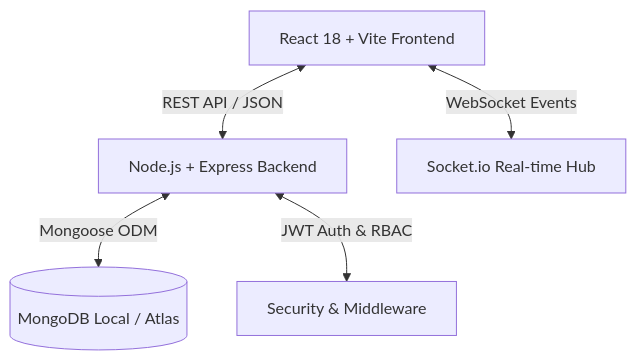
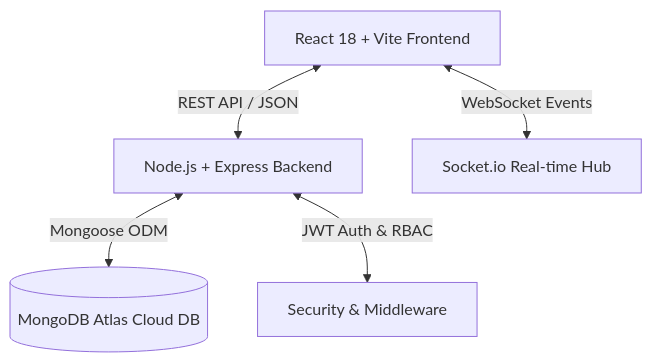
One commit to PreetDarji22/CampusCart changed the second of 2 diagrams in README.md. Above: the diagram before and after it, drawn with Mermaid. The commit also changed other lines of this file, not shown here.

````diff
--- a/README.md
+++ b/README.md
@@ -130,7 +140,7 @@
 ```mermaid
 graph TD
     Client[React 18 + Vite Frontend] <-->|REST API / JSON| Server[Node.js + Express Backend]
     Client <-->|WebSocket Events| SocketIO[Socket.io Real-time Hub]
-    Server <-->|Mongoose ODM| DB[(MongoDB Local / Atlas)]
+    Server <-->|Mongoose ODM| DB[(MongoDB Atlas Cloud DB)]
     Server <-->|JWT Auth & RBAC| Security[Security & Middleware]
 ```
````
